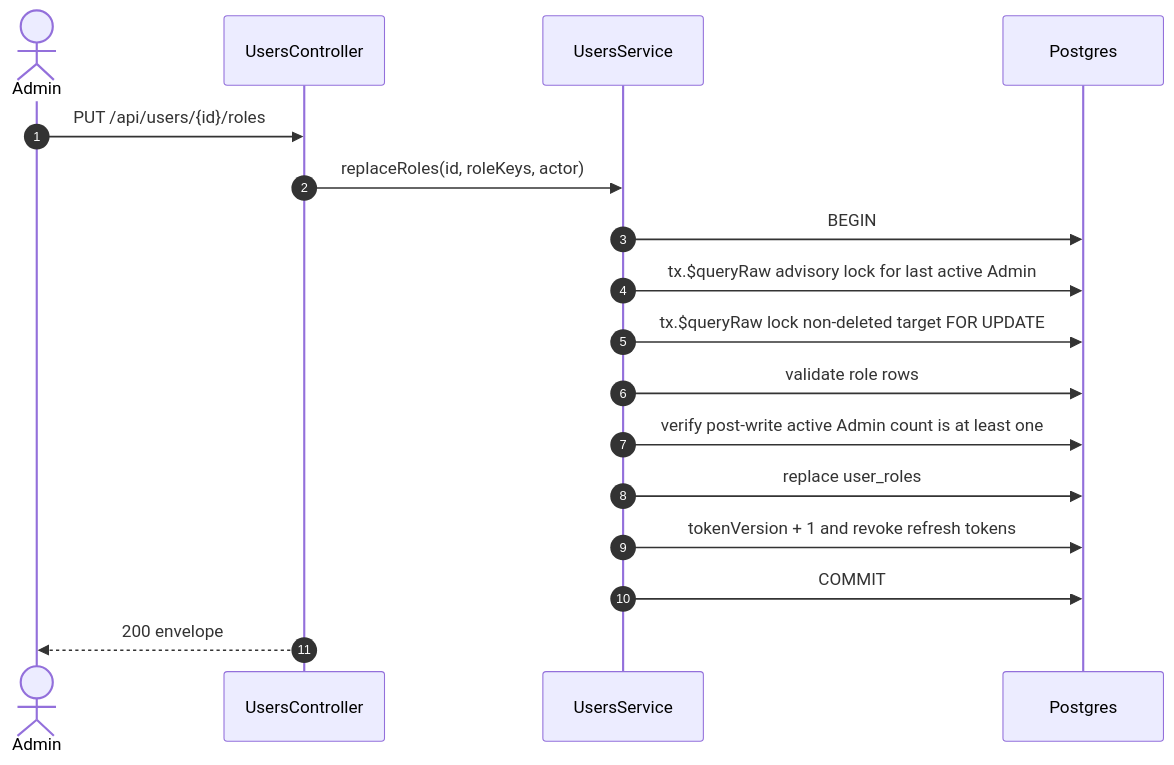
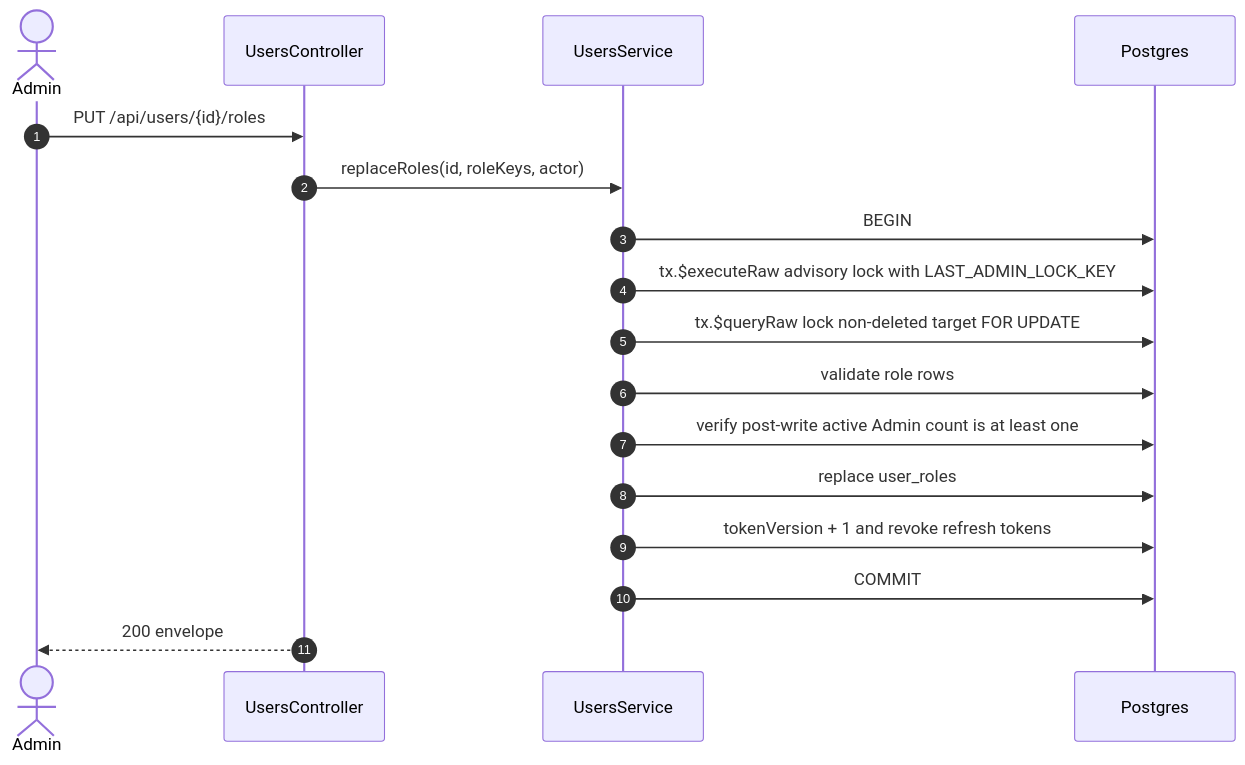
Before and after one commit to TrekLink-Team/treklink-web: the second of 2 diagrams in specs/auth/api-design/14-put-users-roles.md, drawn with Mermaid. The commit also changed other lines of this file and 3 other files, not shown here.

Commit message:
docs(TK-22): use executable advisory lock

````diff
--- a/specs/auth/api-design/14-put-users-roles.md
+++ b/specs/auth/api-design/14-put-users-roles.md
@@ -98,19 +98,19 @@
 ```mermaid
 sequenceDiagram
     autonumber
     actor Admin
     participant Controller as UsersController
     participant Service as UsersService
     participant DB as Postgres
     Admin->>Controller: PUT /api/users/{id}/roles
     Controller->>Service: replaceRoles(id, roleKeys, actor)
     Service->>DB: BEGIN
-    Service->>DB: tx.$queryRaw advisory lock for last active Admin
+    Service->>DB: tx.$executeRaw advisory lock with LAST_ADMIN_LOCK_KEY
     Service->>DB: tx.$queryRaw lock non-deleted target FOR UPDATE
     Service->>DB: validate role rows
     Service->>DB: verify post-write active Admin count is at least one
     Service->>DB: replace user_roles
     Service->>DB: tokenVersion + 1 and revoke refresh tokens
     Service->>DB: COMMIT
     Controller-->>Admin: 200 envelope
 ```
````
